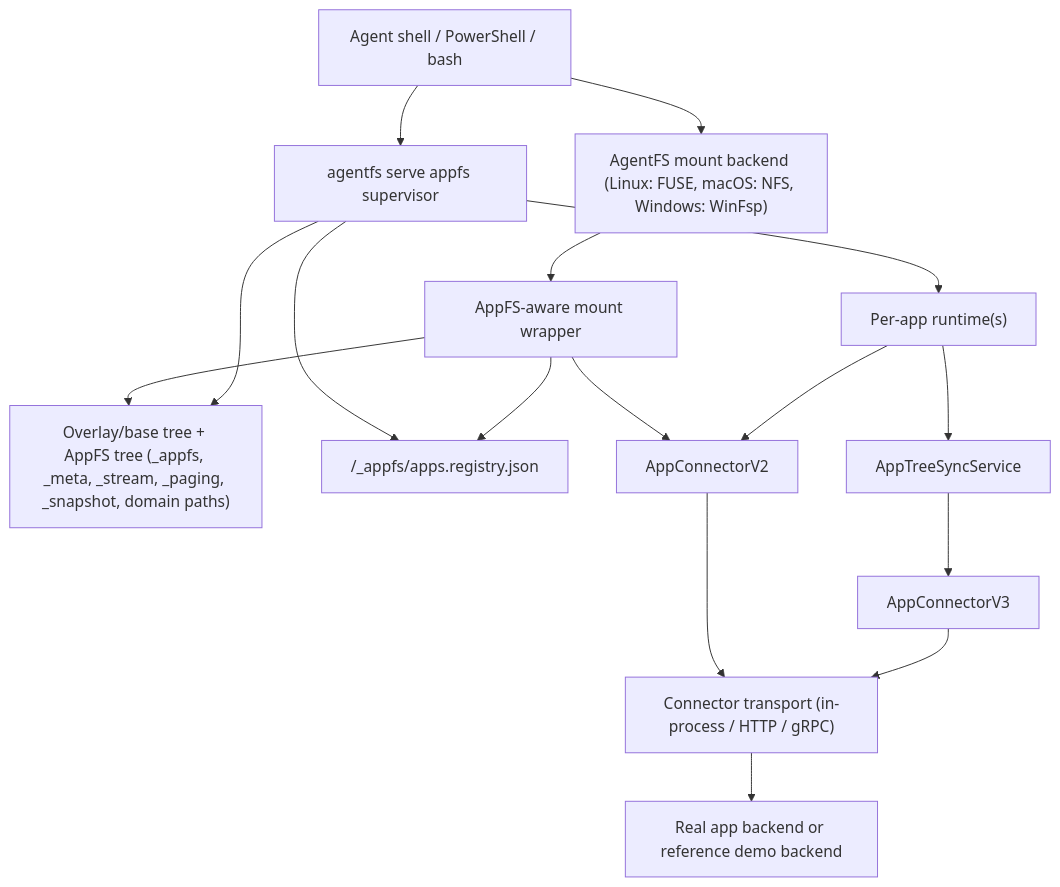
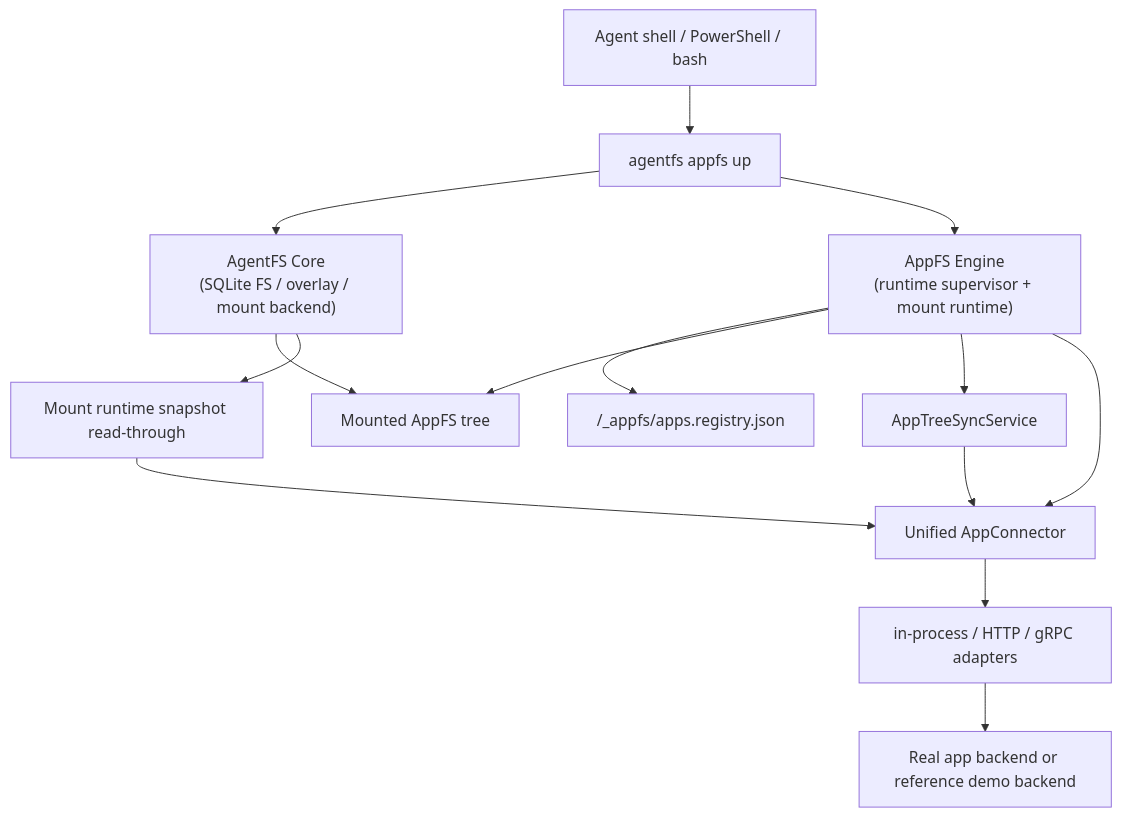
Before and after one commit to esp3j0/appfs-platform: the diagram in README.md, drawn with Mermaid. The commit also changed other lines of this file and 24 other files, not shown here.

First line of the commit message:
appfs: close managed-first runtime architecture (#116)

````diff
--- a/README.md
+++ b/README.md
@@ -318,21 +217,16 @@
 ```mermaid
 flowchart TD
-    A["Agent shell / PowerShell / bash"] --> B["AgentFS mount backend (Linux: FUSE, macOS: NFS, Windows: WinFsp)"]
-    B --> C["AppFS-aware mount wrapper"]
-    C --> D["Overlay/base tree + AppFS tree (_appfs, _meta, _stream, _paging, _snapshot, domain paths)"]
-    A --> E["agentfs serve appfs supervisor"]
-    E --> D
-    E --> F["/_appfs/apps.registry.json"]
-    C --> F
-
-    E --> G["Per-app runtime(s)"]
-    G --> H["AppTreeSyncService"]
-
-    C --> I["AppConnectorV2"]
-    G --> I
-    H --> J["AppConnectorV3"]
-
-    I --> K["Connector transport (in-process / HTTP / gRPC)"]
-    J --> K
-    K --> L["Real app backend or reference demo backend"]
+    A["Agent shell / PowerShell / bash"] --> B["agentfs appfs up"]
+    B --> C["AgentFS Core\n(SQLite FS / overlay / mount backend)"]
+    B --> D["AppFS Engine\n(runtime supervisor + mount runtime)"]
+    D --> E["/_appfs/apps.registry.json"]
+    C --> F["Mounted AppFS tree"]
+    D --> F
+    D --> G["AppTreeSyncService"]
+    D --> H["Unified AppConnector"]
+    C --> I["Mount runtime snapshot read-through"]
+    I --> H
+    G --> H
+    H --> J["in-process / HTTP / gRPC adapters"]
+    J --> K["Real app backend or reference demo backend"]
 ```
````
